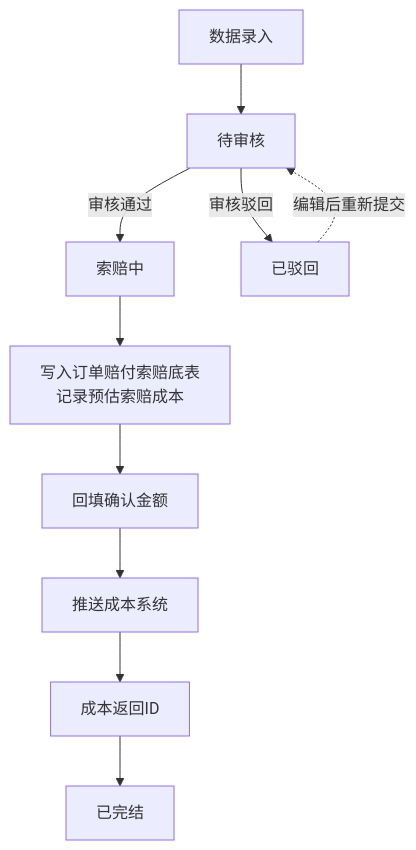
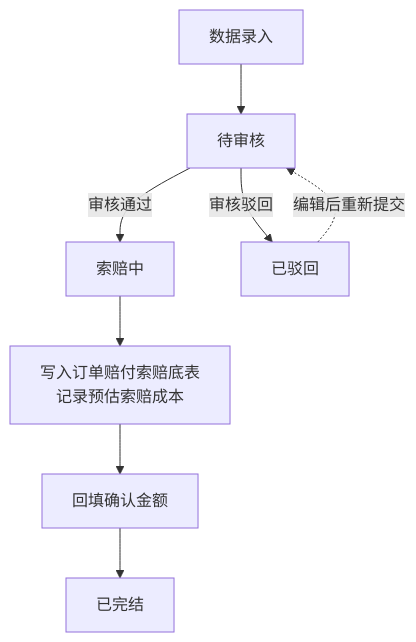
The second of 3 diagrams in PRDdocs/00-业务概况/3.供应商索赔流程.md (ljfjzgz/ljfjzgz.github.io), drawn with Mermaid before and after one commit. The commit also changed other lines of this file and 8 other files, not shown here.

````diff
--- a/PRDdocs/00-业务概况/3.供应商索赔流程.md
+++ b/PRDdocs/00-业务概况/3.供应商索赔流程.md
@@ -96,12 +90,10 @@
 ```mermaid
 graph TD
     A[数据录入] --> B[待审核]
     B -->|审核通过| C[索赔中]
     B -->|审核驳回| D[已驳回]
     C --> E[写入订单赔付索赔底表<br/>记录预估索赔成本]
     E --> F[回填确认金额]
-    F --> G[推送成本系统]
-    G --> H[成本返回ID]
-    H --> I[已完结]
+    F --> I[已完结]
     D -.->|编辑后重新提交| B
 ```
````
